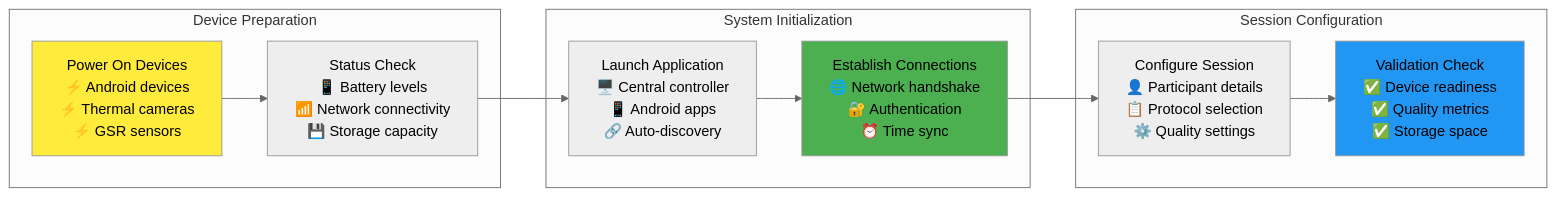
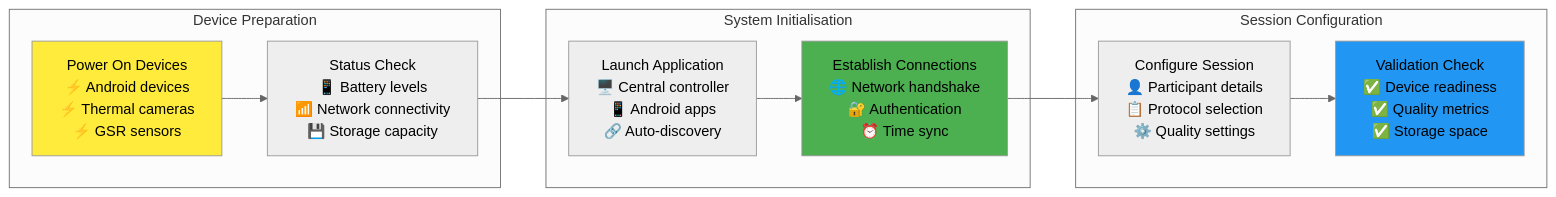
One commit to buccancs/fyp-multi-sensor-recording-system changed the fifth of 9 diagrams in docs/thesis_report/draft_0/chapter_7_appendices.md. Above: the diagram before and after it, drawn with Mermaid (neutral theme). The commit also changed other lines of this file and 56 other files, not shown here.

````diff
--- a/docs/thesis_report/draft_0/chapter_7_appendices.md
+++ b/docs/thesis_report/draft_0/chapter_7_appendices.md
@@ -993,27 +993,27 @@
 ```mermaid
 flowchart LR
     subgraph "Device Preparation"
         POWER[Power On Devices<br/>⚡ Android devices<br/>⚡ Thermal cameras<br/>⚡ GSR sensors]
         CHECK[Status Check<br/>📱 Battery levels<br/>📶 Network connectivity<br/>💾 Storage capacity]
     end
     
-    subgraph "System Initialization"
+    subgraph "System Initialisation"
         LAUNCH[Launch Application<br/>🖥️ Central controller<br/>📱 Android apps<br/>🔗 Auto-discovery]
         CONNECT[Establish Connections<br/>🌐 Network handshake<br/>🔐 Authentication<br/>⏰ Time sync]
     end
     
     subgraph "Session Configuration"
         CONFIG[Configure Session<br/>👤 Participant details<br/>📋 Protocol selection<br/>⚙️ Quality settings]
         VALIDATE[Validation Check<br/>✅ Device readiness<br/>✅ Quality metrics<br/>✅ Storage space]
     end
     
     POWER --> CHECK
     CHECK --> LAUNCH
     LAUNCH --> CONNECT
     CONNECT --> CONFIG
     CONFIG --> VALIDATE
     
     style POWER fill:#ffeb3b
     style CONNECT fill:#4caf50
     style VALIDATE fill:#2196f3
 ```
````
